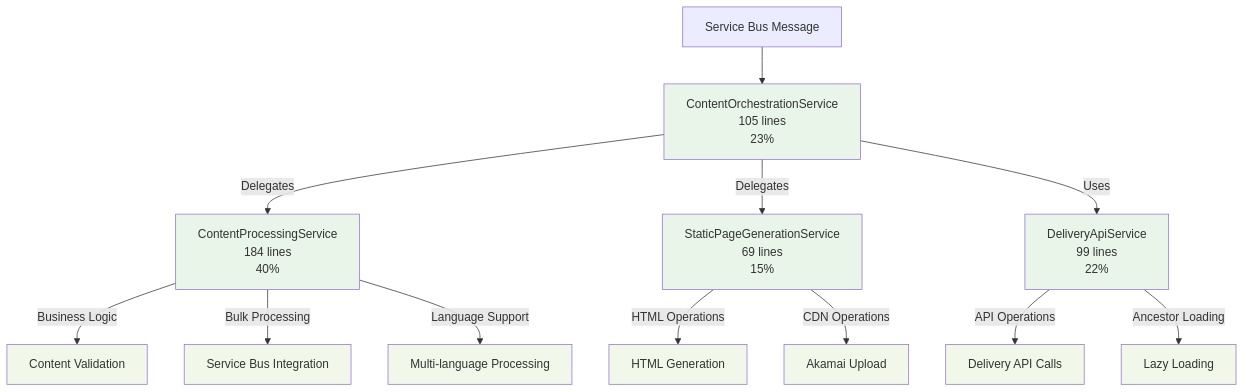
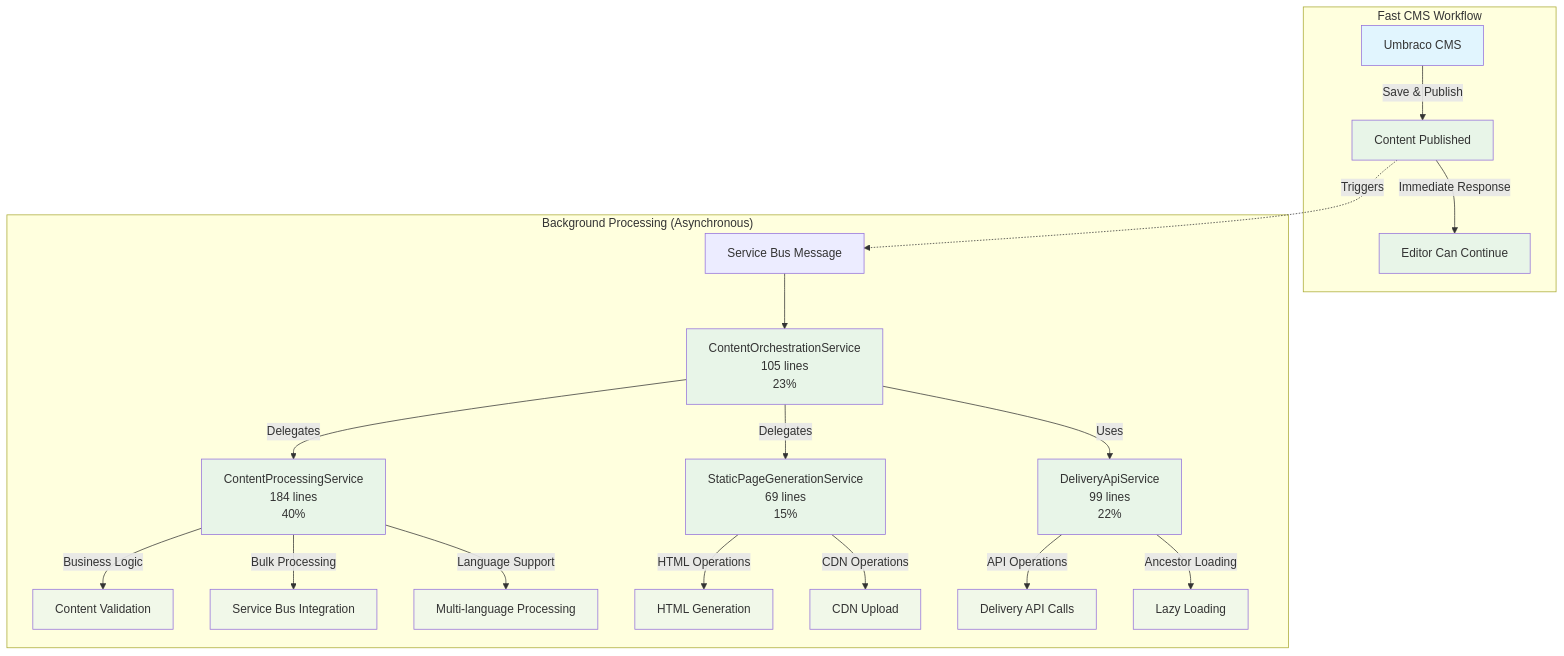
One commit to amitcohensabban/developer-portfolio changed the fourth of 7 diagrams in projects/backend-projects/static-pages-refactoring/architecture/system-architecture.md. Above: the diagram before and after it, drawn with Mermaid. The commit also changed other lines of this file and 1 other file, not shown here.

First line of the commit message:
feat: Enhance documentation for Static Pages Refactoring project

````diff
--- a/projects/backend-projects/static-pages-refactoring/architecture/system-architecture.md
+++ b/projects/backend-projects/static-pages-refactoring/architecture/system-architecture.md
@@ -103,27 +117,39 @@
 ```mermaid
 graph TD
-    A[Service Bus Message] --> B[ContentOrchestrationService<br/>105 lines<br/>23%]
-    B -->|Delegates| C[ContentProcessingService<br/>184 lines<br/>40%]
-    B -->|Delegates| D[StaticPageGenerationService<br/>69 lines<br/>15%]
-    B -->|Uses| E[DeliveryApiService<br/>99 lines<br/>22%]
+    subgraph "Fast CMS Workflow"
+        A[Umbraco CMS] -->|Save & Publish| B[Content Published]
+        B -->|Immediate Response| C[Editor Can Continue]
+    end
     
-    C -->|Business Logic| F[Content Validation]
-    C -->|Bulk Processing| G[Service Bus Integration]
-    C -->|Language Support| H[Multi-language Processing]
-    D -->|HTML Operations| I[HTML Generation]
-    D -->|CDN Operations| J[Akamai Upload]
-    E -->|API Operations| K[Delivery API Calls]
-    E -->|Ancestor Loading| L[Lazy Loading]
+    subgraph "Background Processing (Asynchronous)"
+        D[Service Bus Message] --> E[ContentOrchestrationService<br/>105 lines<br/>23%]
+        E -->|Delegates| F[ContentProcessingService<br/>184 lines<br/>40%]
+        E -->|Delegates| G[StaticPageGenerationService<br/>69 lines<br/>15%]
+        E -->|Uses| H[DeliveryApiService<br/>99 lines<br/>22%]
+        
+        F -->|Business Logic| I[Content Validation]
+        F -->|Bulk Processing| J[Service Bus Integration]
+        F -->|Language Support| K[Multi-language Processing]
+        G -->|HTML Operations| L[HTML Generation]
+        G -->|CDN Operations| M[CDN Upload]
+        H -->|API Operations| N[Delivery API Calls]
+        H -->|Ancestor Loading| O[Lazy Loading]
+    end
     
+    B -.->|Triggers| D
+    
+    style A fill:#e1f5fe
     style B fill:#e8f5e8
     style C fill:#e8f5e8
-    style D fill:#e8f5e8
     style E fill:#e8f5e8
-    style F fill:#f1f8e9
-    style G fill:#f1f8e9
-    style H fill:#f1f8e9
+    style F fill:#e8f5e8
+    style G fill:#e8f5e8
+    style H fill:#e8f5e8
     style I fill:#f1f8e9
     style J fill:#f1f8e9
     style K fill:#f1f8e9
     style L fill:#f1f8e9
+    style M fill:#f1f8e9
+    style N fill:#f1f8e9
+    style O fill:#f1f8e9
 ```
````
